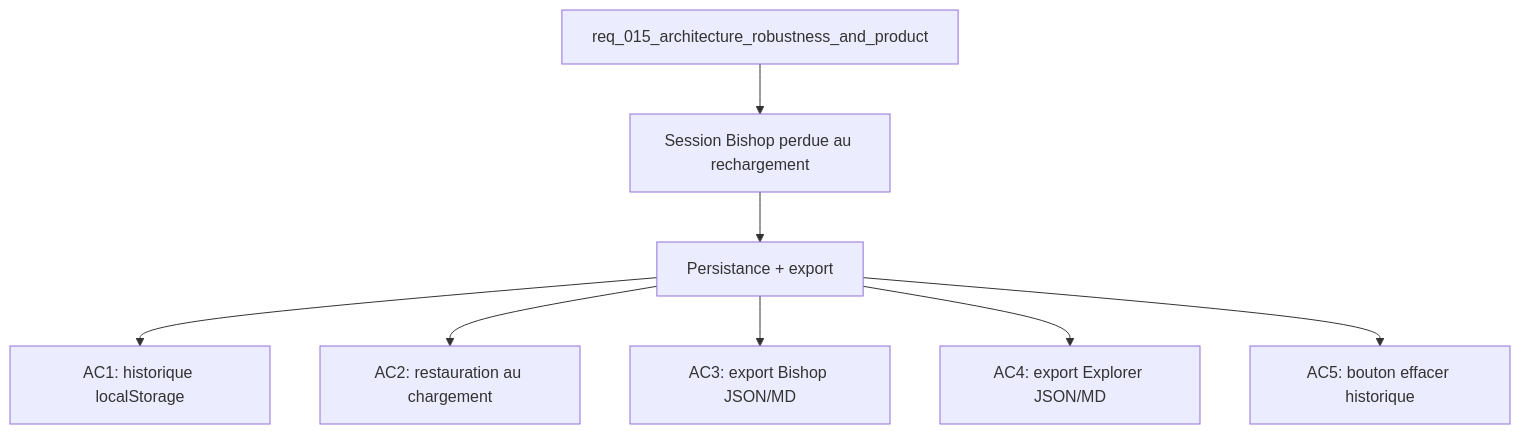
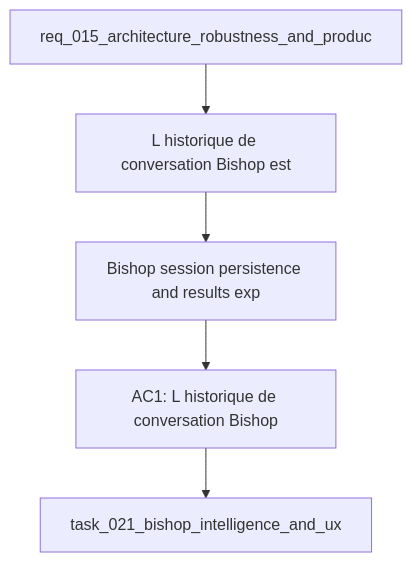
The diagram in logics/backlog/item_053_bishop_session_persistence_and_export.md (AlexAgo83/deepvault), drawn with Mermaid before and after one commit. The commit also changed 57 other files, not shown here.

````diff
--- a/logics/backlog/item_053_bishop_session_persistence_and_export.md
+++ b/logics/backlog/item_053_bishop_session_persistence_and_export.md
@@ -21,12 +21,9 @@
 ```mermaid
 %% logics-kind: backlog
 %% logics-signature: backlog|bishop-session-persistence-and-results-e|req-015-architecture-robustness-and-prod|l-historique-de-conversation-bishop-est|ac1-l-historique-de-conversation-bishop
 flowchart TD
-    Request[req_015_architecture_robustness_and_product] --> Problem[Session Bishop perdue au rechargement]
-    Problem --> Scope[Persistance + export]
-    Scope --> AC1[AC1: historique localStorage]
-    Scope --> AC2[AC2: restauration au chargement]
-    Scope --> AC3[AC3: export Bishop JSON/MD]
-    Scope --> AC4[AC4: export Explorer JSON/MD]
-    Scope --> AC5[AC5: bouton effacer historique]
+    Request[req_015_architecture_robustness_and_produc] --> Problem[L historique de conversation Bishop est]
+    Problem --> Scope[Bishop session persistence and results exp]
+    Scope --> Acceptance[AC1: L historique de conversation Bishop]
+    Acceptance --> Tasks[task_021_bishop_intelligence_and_ux]
 ```
````
